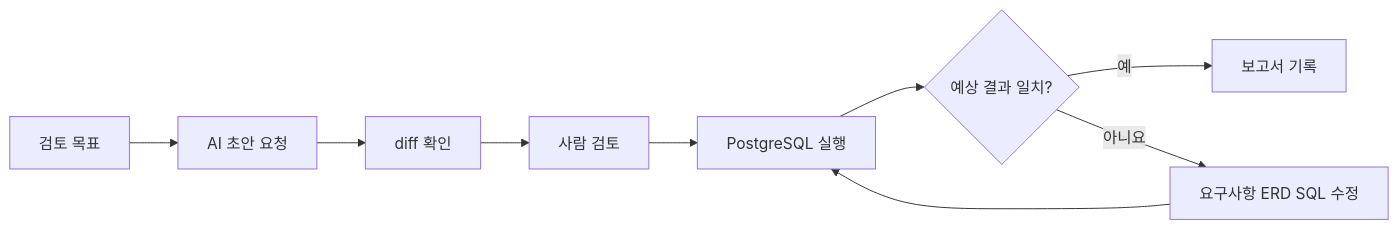
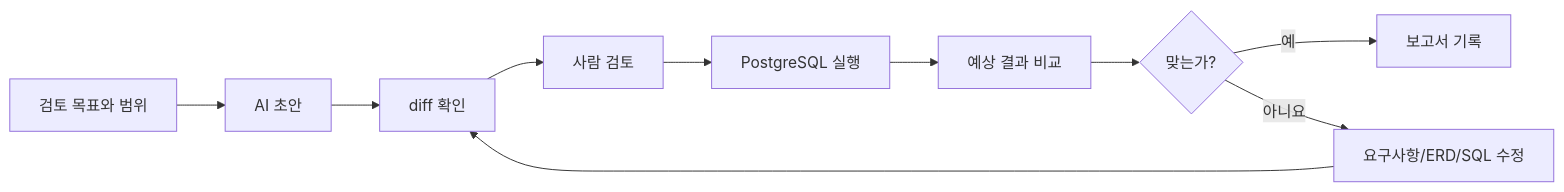
The diagram in images/chapter15/ch15_05_ai_review_loop.mmd (GilbertMoon/ai-database-book), drawn with Mermaid before and after one commit. The commit also changed 16 other files, not shown here.

Commit message:
Improve Chapter 15 project flow diagrams

```diff
--- a/images/chapter15/ch15_05_ai_review_loop.mmd
+++ b/images/chapter15/ch15_05_ai_review_loop.mmd
@@ -1,9 +1,10 @@
 flowchart LR
-A[검토 목표] --> B[AI 초안 요청]
+A[검토 목표와 범위] --> B[AI 초안]
 B --> C[diff 확인]
 C --> D[사람 검토]
 D --> E[PostgreSQL 실행]
-E --> F{예상 결과 일치?}
-F -->|예| G[보고서 기록]
-F -->|아니요| H[요구사항 ERD SQL 수정]
-H --> E
+E --> F[예상 결과 비교]
+F --> G{맞는가?}
+G -->|예| H[보고서 기록]
+G -->|아니요| I[요구사항/ERD/SQL 수정]
+I --> C
```
